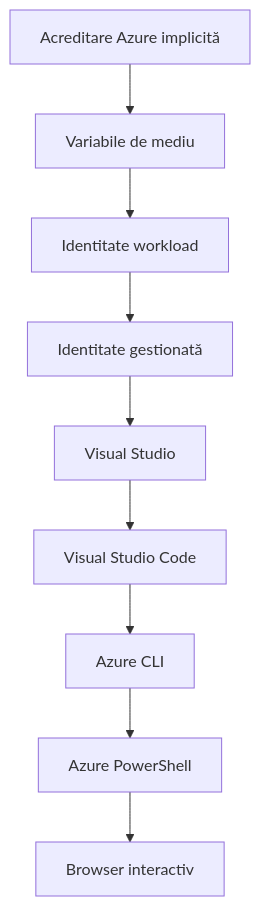
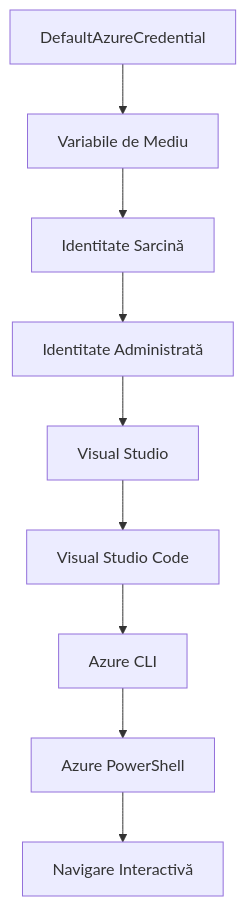
One commit to microsoft/AZD-for-beginners changed the second of 2 diagrams in translations/ro/docs/chapter-01-foundation/azd-basics.md. Above: the diagram before and after it, drawn with Mermaid. The commit also changed other lines of this file and 104 other files, not shown here.

````diff
--- a/translations/ro/docs/chapter-01-foundation/azd-basics.md
+++ b/translations/ro/docs/chapter-01-foundation/azd-basics.md
@@ -593,11 +606,11 @@
 ```mermaid
 graph TD
-    A[Acreditare Azure implicită] --> B[Variabile de mediu]
-    B --> C[Identitate workload]
-    C --> D[Identitate gestionată]
+    A[DefaultAzureCredential] --> B[Variabile de Mediu]
+    B --> C[Identitate Sarcină]
+    C --> D[Identitate Administrată]
     D --> E[Visual Studio]
     E --> F[Visual Studio Code]
     F --> G[Azure CLI]
     G --> H[Azure PowerShell]
-    H --> I[Browser interactiv]
+    H --> I[Navigare Interactivă]
 ```
````
